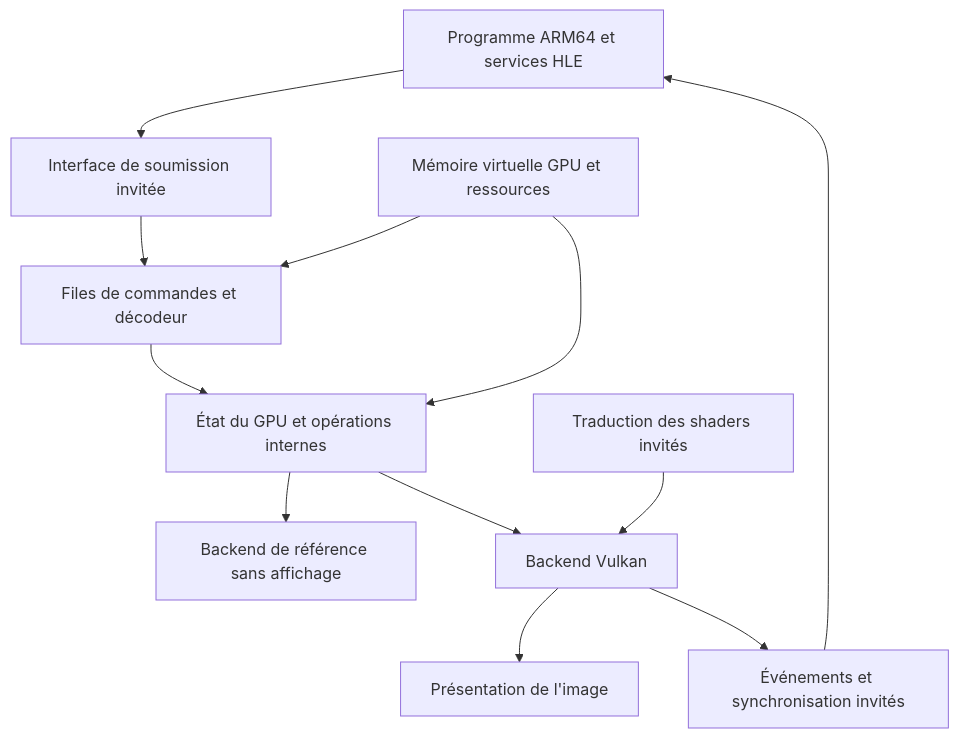
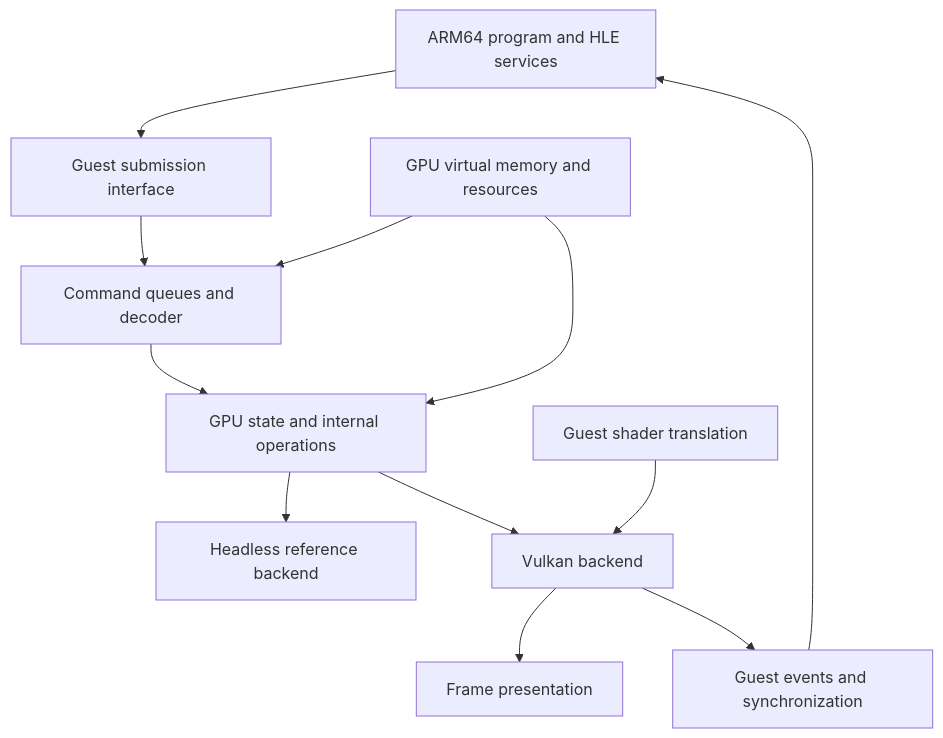
Before and after one commit to PHENGOX/Instaurix: the diagram in docs/GPU_PLAN.md, drawn with Mermaid. The commit also changed other lines of this file and 783 other files, not shown here.

Commit message:
Update Instaurix: HLE startup, display and bounded GPU copy references

````diff
--- a/docs/GPU_PLAN.md
+++ b/docs/GPU_PLAN.md
@@ -17,14 +65,14 @@
 ```mermaid
 flowchart TD
-    A[Programme ARM64 et services HLE] --> B[Interface de soumission invitée]
-    B --> C[Files de commandes et décodeur]
-    C --> D[État du GPU et opérations internes]
-    D --> E[Backend de référence sans affichage]
-    D --> F[Backend Vulkan]
-    M[Mémoire virtuelle GPU et ressources] --> C
+    A[ARM64 program and HLE services] --> B[Guest submission interface]
+    B --> C[Command queues and decoder]
+    C --> D[GPU state and internal operations]
+    D --> E[Headless reference backend]
+    D --> F[Vulkan backend]
+    M[GPU virtual memory and resources] --> C
     M --> D
-    S[Traduction des shaders invités] --> F
-    F --> P[Présentation de l'image]
-    F --> T[Événements et synchronisation invités]
+    S[Guest shader translation] --> F
+    F --> P[Frame presentation]
+    F --> T[Guest events and synchronization]
     T --> A
 ```
````
